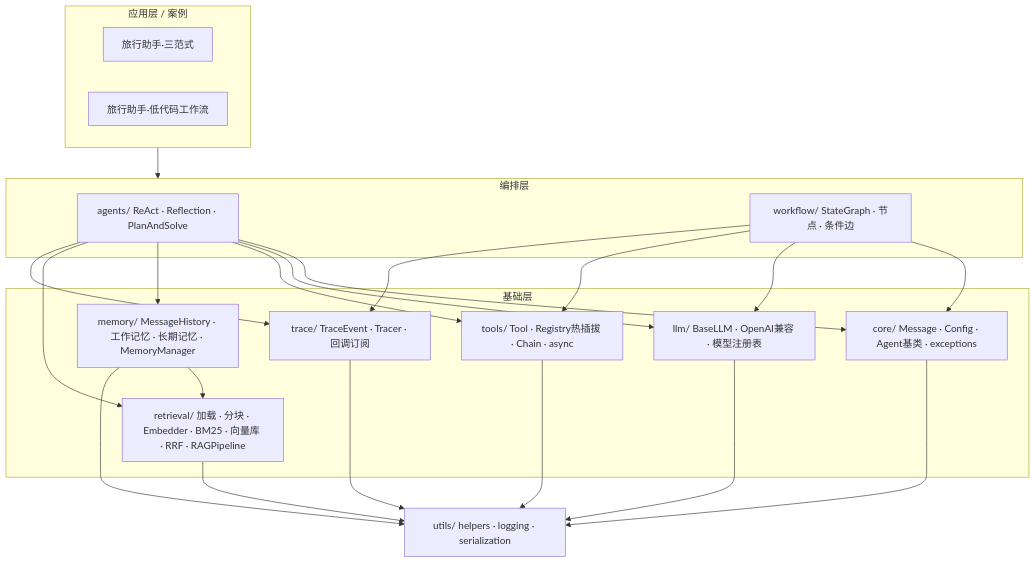
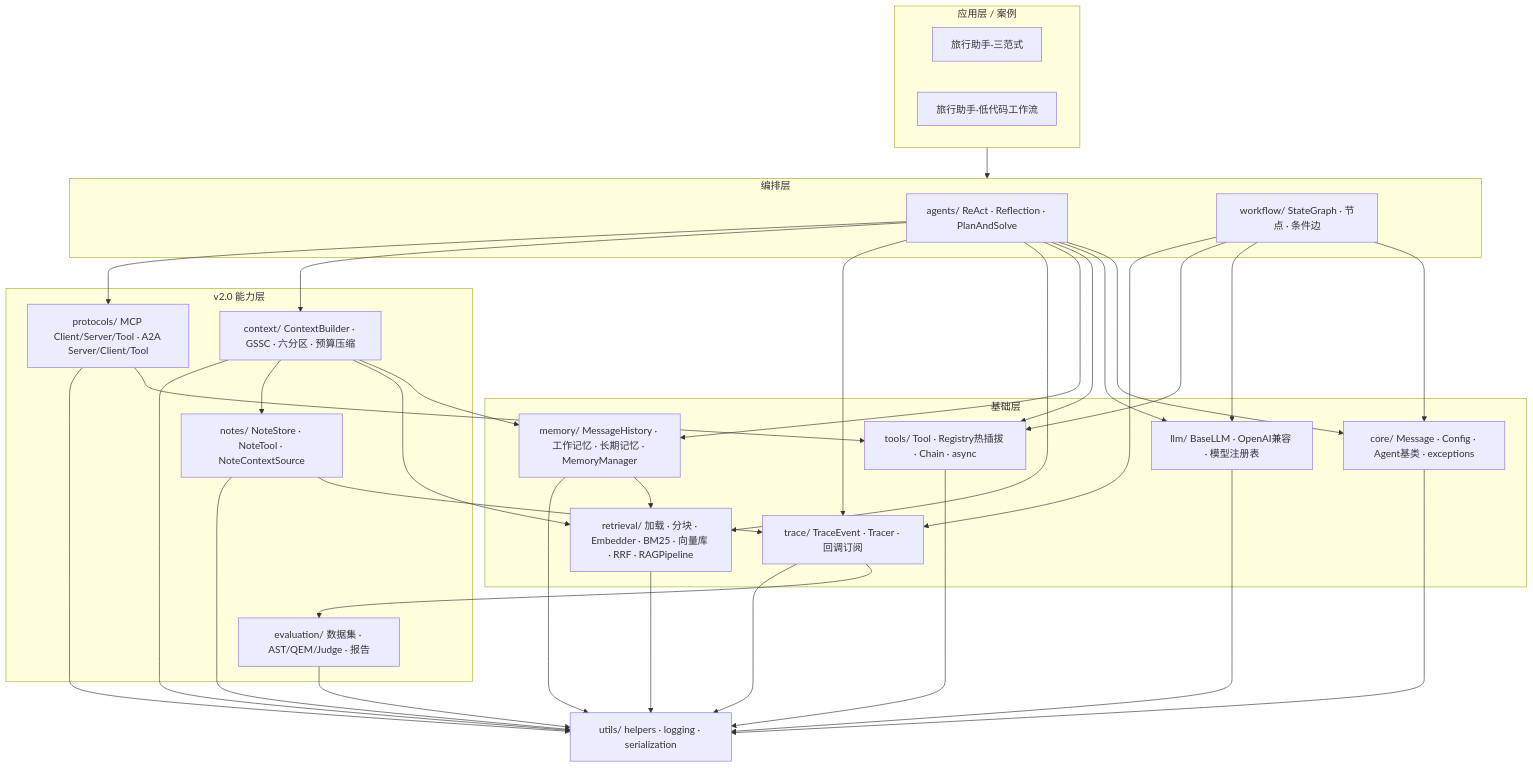
The diagram in docs/architecture.md (nlyc/hello-agent), drawn with Mermaid before and after one commit. The commit also changed other lines of this file and 11 other files, not shown here.

````diff
--- a/docs/architecture.md
+++ b/docs/architecture.md
@@ -6,29 +6,41 @@
 ```mermaid
 flowchart TB
     subgraph APP[应用层 / 案例]
         TA[旅行助手·三范式]
         WF[旅行助手·低代码工作流]
     end
 
     subgraph ORCH[编排层]
         AG[agents/ ReAct · Reflection · PlanAndSolve]
         GR[workflow/ StateGraph · 节点 · 条件边]
     end
 
     subgraph BASE[基础层]
         CORE[core/ Message · Config · Agent基类 · exceptions]
         LLM[llm/ BaseLLM · OpenAI兼容 · 模型注册表]
         TOOL[tools/ Tool · Registry热插拔 · Chain · async]
         MEM[memory/ MessageHistory · 工作记忆 · 长期记忆 · MemoryManager]
         RAG[retrieval/ 加载 · 分块 · Embedder · BM25 · 向量库 · RRF · RAGPipeline]
         TRACE[trace/ TraceEvent · Tracer · 回调订阅]
     end
 
+    subgraph V2[v2.0 能力层]
+        CTX[context/ ContextBuilder · GSSC · 六分区 · 预算压缩]
+        NOTE[notes/ NoteStore · NoteTool · NoteContextSource]
+        PROTO[protocols/ MCP Client/Server/Tool · A2A Server/Client/Tool]
+        EVAL[evaluation/ 数据集 · AST/QEM/Judge · 报告]
+    end
+
     UTILS[utils/ helpers · logging · serialization]
 
     APP --> ORCH
     AG --> CORE & LLM & TOOL & MEM & RAG & TRACE
+    AG --> CTX & PROTO
+    CTX --> MEM & RAG & NOTE
+    NOTE --> TRACE
+    PROTO --> TOOL
     GR --> CORE & LLM & TOOL & TRACE
     MEM --> RAG
-    CORE & LLM & TOOL & MEM & RAG & TRACE --> UTILS
+    TRACE --> EVAL
+    CORE & LLM & TOOL & MEM & RAG & TRACE & CTX & NOTE & PROTO & EVAL --> UTILS
 ```
````
